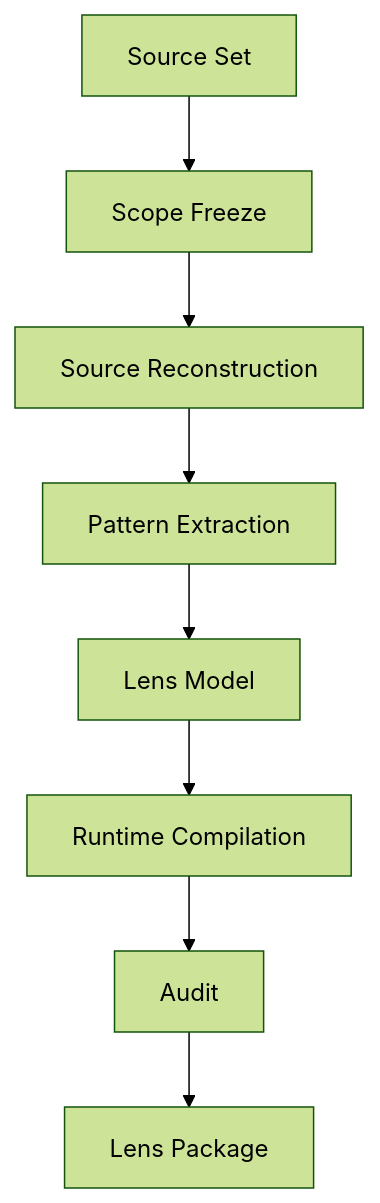
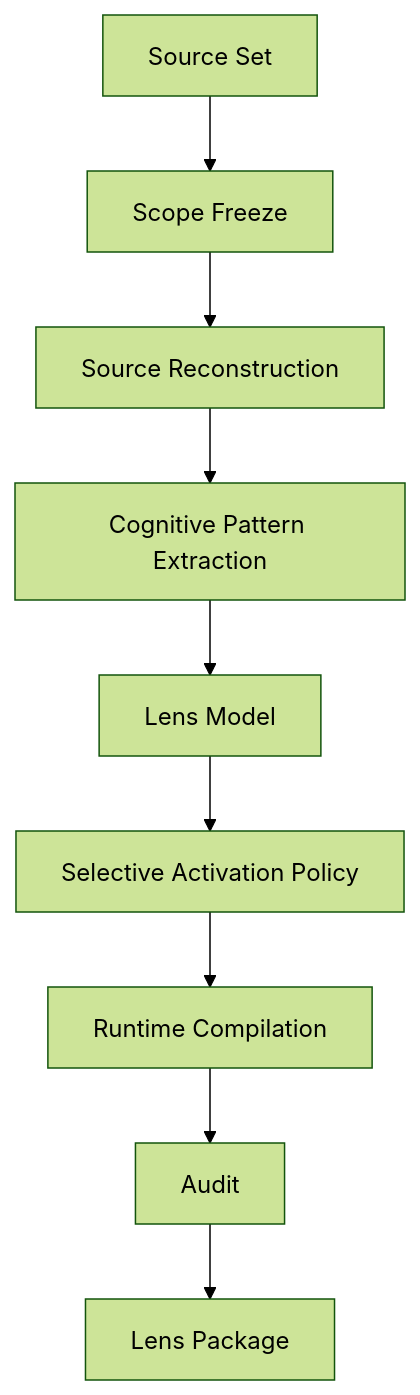
One commit to cloud-flow-high/cognitive-lenses changed the second of 3 diagrams in docs/ARCHITECTURE.md. Above: the diagram before and after it, drawn with Mermaid (forest theme). The commit also changed other lines of this file, not shown here.

Commit message:
Refactor architecture around selective activation

````diff
--- a/docs/ARCHITECTURE.md
+++ b/docs/ARCHITECTURE.md
@@ -34,13 +47,14 @@
 ```mermaid
 flowchart TD
     A[Source Set]
     B[Scope Freeze]
     C[Source Reconstruction]
-    D[Pattern Extraction]
+    D[Cognitive Pattern Extraction]
     E[Lens Model]
-    F[Runtime Compilation]
-    G[Audit]
-    H[Lens Package]
+    F[Selective Activation Policy]
+    G[Runtime Compilation]
+    H[Audit]
+    I[Lens Package]
 
-    A --> B --> C --> D --> E --> F --> G --> H
+    A --> B --> C --> D --> E --> F --> G --> H --> I
 ```
````
